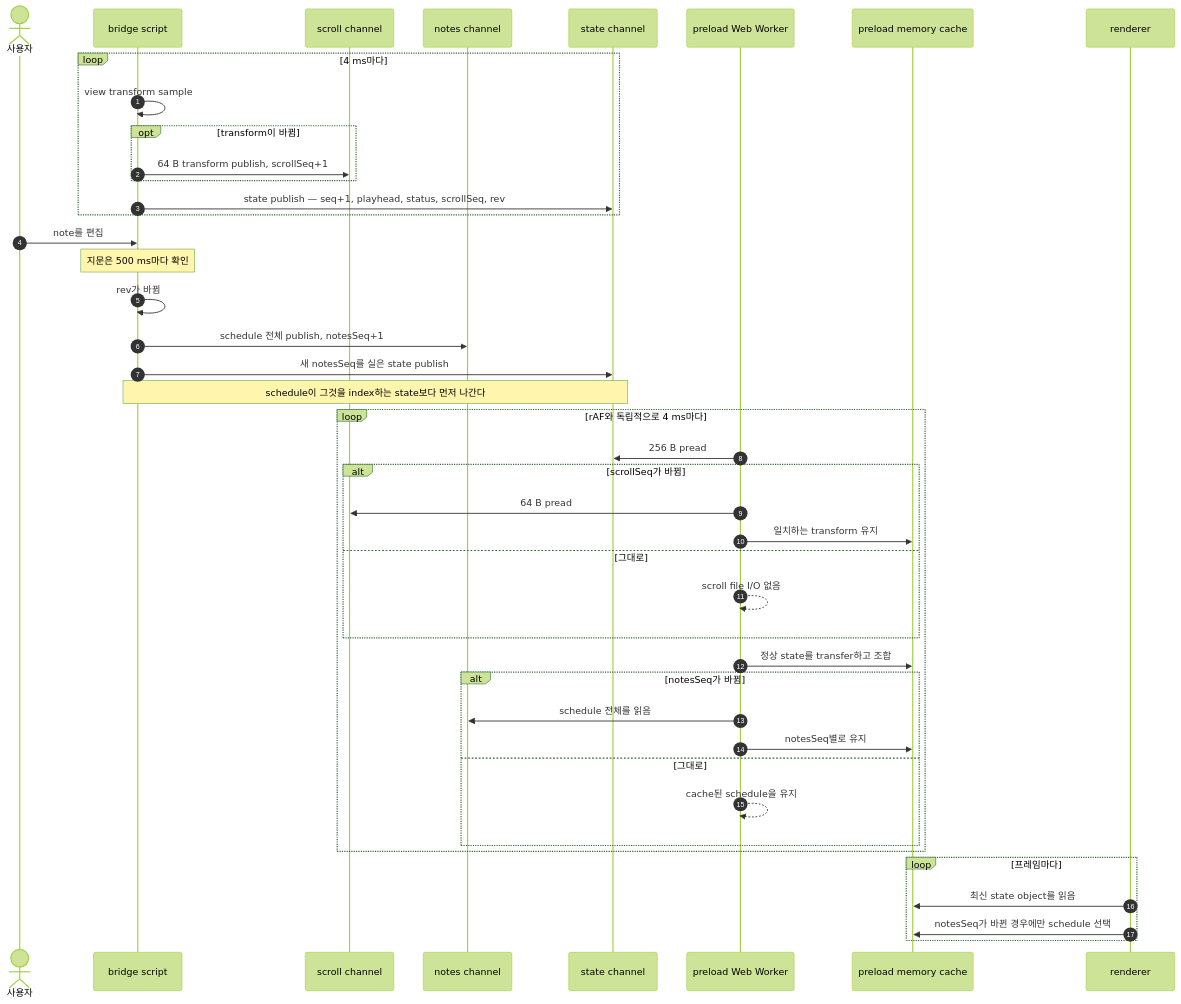
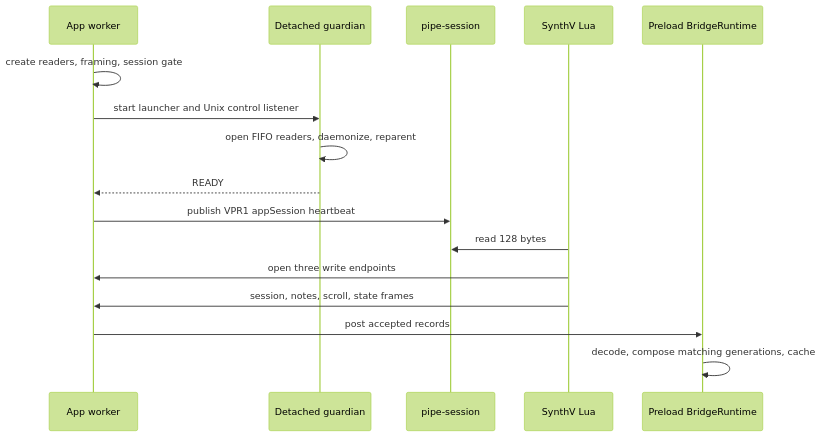
One commit to 0x1f320/karaoke-v changed the diagram in docs/bridge.ko.md. Above: the diagram before and after it, drawn with Mermaid (forest theme). The commit also changed other lines of this file and 79 other files, not shown here.

First line of the commit message:
feat(bridge): stabilize real-time SynthV transport (#101)

````diff
--- a/docs/bridge.ko.md
+++ b/docs/bridge.ko.md
@@ -71,50 +17,18 @@
 ```mermaid
 sequenceDiagram
-    autonumber
-    actor U as 사용자
-    participant S as bridge script
-    participant R as scroll channel
-    participant N as notes channel
-    participant T as state channel
-    participant W as preload Web Worker
-    participant M as preload memory cache
-    participant A as renderer
-
-    loop 4 ms마다
-        S->>S: view transform sample
-        opt transform이 바뀜
-            S->>R: 64 B transform publish, scrollSeq+1
-        end
-        S->>T: state publish — seq+1, playhead, status, scrollSeq, rev
-    end
-
-    U->>S: note를 편집
-    Note over S: 지문은 500 ms마다 확인
-    S->>S: rev가 바뀜
-    S->>N: schedule 전체 publish, notesSeq+1
-    S->>T: 새 notesSeq를 실은 state publish
-
-    Note over S,T: schedule이 그것을 index하는 state보다 먼저 나간다
-
-    loop rAF와 독립적으로 4 ms마다
-        W->>T: 256 B pread
-        alt scrollSeq가 바뀜
-            W->>R: 64 B pread
-            W->>M: 일치하는 transform 유지
-        else 그대로
-            W-->>W: scroll file I/O 없음
-        end
-        W->>M: 정상 state를 transfer하고 조합
-        alt notesSeq가 바뀜
-            W->>N: schedule 전체를 읽음
-            W->>M: notesSeq별로 유지
-        else 그대로
-            W-->>W: cache된 schedule을 유지
-        end
-    end
-
-    loop 프레임마다
-        A->>M: 최신 state object를 읽음
-        A->>M: notesSeq가 바뀐 경우에만 schedule 선택
-    end
+    participant W as App worker
+    participant G as Detached guardian
+    participant R as pipe-session
+    participant L as SynthV Lua
+    participant P as Preload BridgeRuntime
+    W->>W: create readers, framing, session gate
+    W->>G: start launcher and Unix control listener
+    G->>G: open FIFO readers, daemonize, reparent
+    G-->>W: READY
+    W->>R: publish VPR1 appSession heartbeat
+    L->>R: read 128 bytes
+    L->>W: open three write endpoints
+    L->>W: session, notes, scroll, state frames
+    W->>P: post accepted records
+    P->>P: decode, compose matching generations, cache
 ```
````
